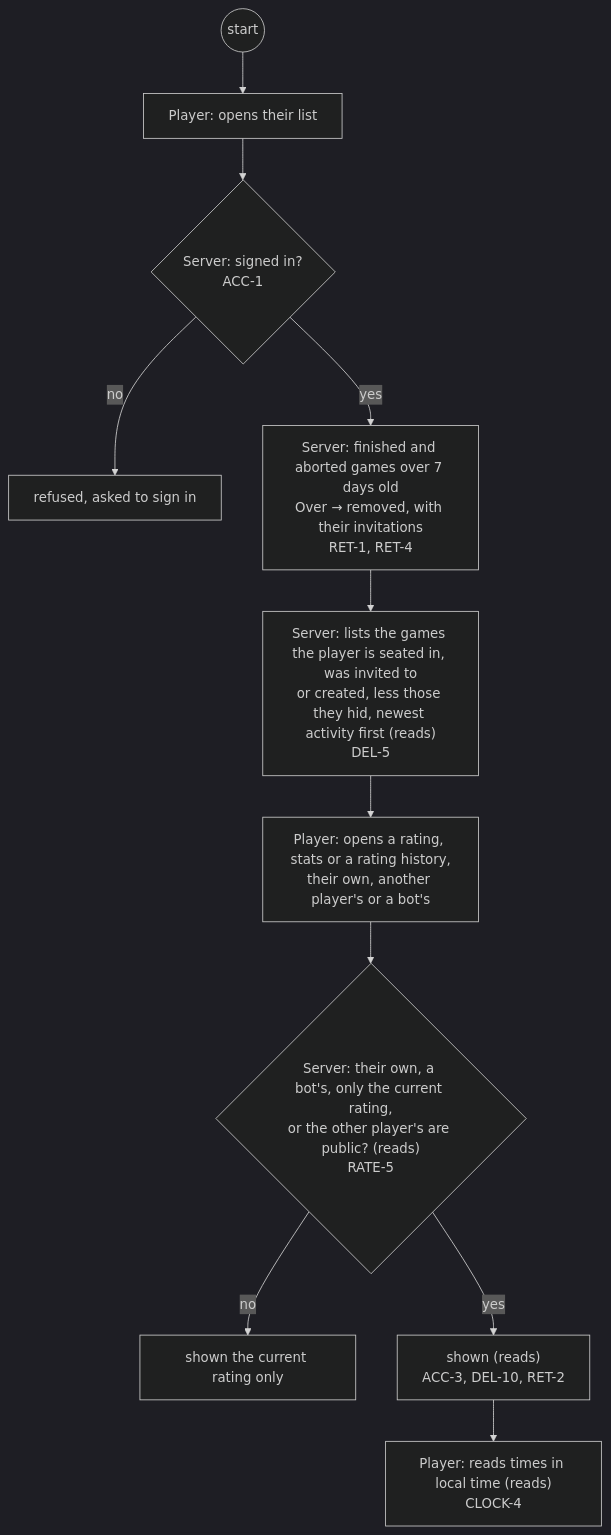
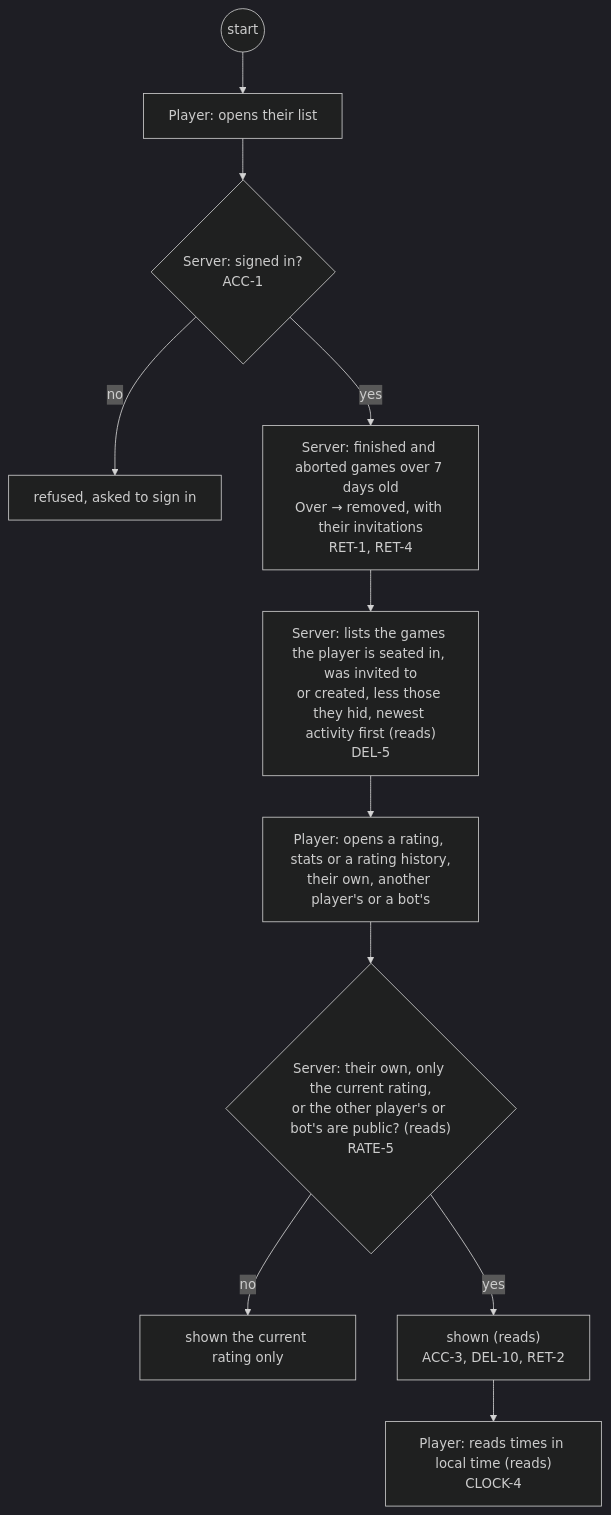
Before and after one commit to delphside/tile-lite-elite: diagram 22 of 29 in docs/changes/workstreams/application-game-architecture/71-one-game-model/71-functional.md, drawn with Mermaid (dark theme). The commit also changed other lines of this file and 1 other file, not shown here.

Commit message:
app 0.9.2 api 2.16: RATE-5 lets a bot's stats be private too
Owner, 2026-10-16: our own bot simply keeps them public; a third-party bot
may choose otherwise.

Refs #71

Claude-Session: https://claude.ai/code/session_013RrHRzWMEwTePZNqMB1VMr

````diff
--- a/docs/changes/workstreams/application-game-architecture/71-one-game-model/71-functional.md
+++ b/docs/changes/workstreams/application-game-architecture/71-one-game-model/71-functional.md
@@ -401,13 +401,13 @@
 ```mermaid
 flowchart TD
   s0((start)) --> p1["Player: opens their list"]
   p1 --> v1{"Server: signed in?<br/>ACC-1"}
   v1 -- no --> r1["refused, asked to sign in"]
   v1 -- yes --> t1["Server: finished and aborted games over 7 days old<br/>Over → removed, with their invitations<br/>RET-1, RET-4"]
   t1 --> v2["Server: lists the games the player is seated in, was invited to<br/>or created, less those they hid, newest activity first (reads)<br/>DEL-5"]
   v2 --> p2["Player: opens a rating, stats or a rating history,<br/>their own, another player's or a bot's"]
-  p2 --> v3{"Server: their own, a bot's, only the current rating,<br/>or the other player's are public? (reads)<br/>RATE-5"}
+  p2 --> v3{"Server: their own, only the current rating,<br/>or the other player's or bot's are public? (reads)<br/>RATE-5"}
   v3 -- no --> r3["shown the current rating only"]
   v3 -- yes --> t3["shown (reads)<br/>ACC-3, DEL-10, RET-2"]
   t3 --> p3["Player: reads times in local time (reads)<br/>CLOCK-4"]
 ```
````
